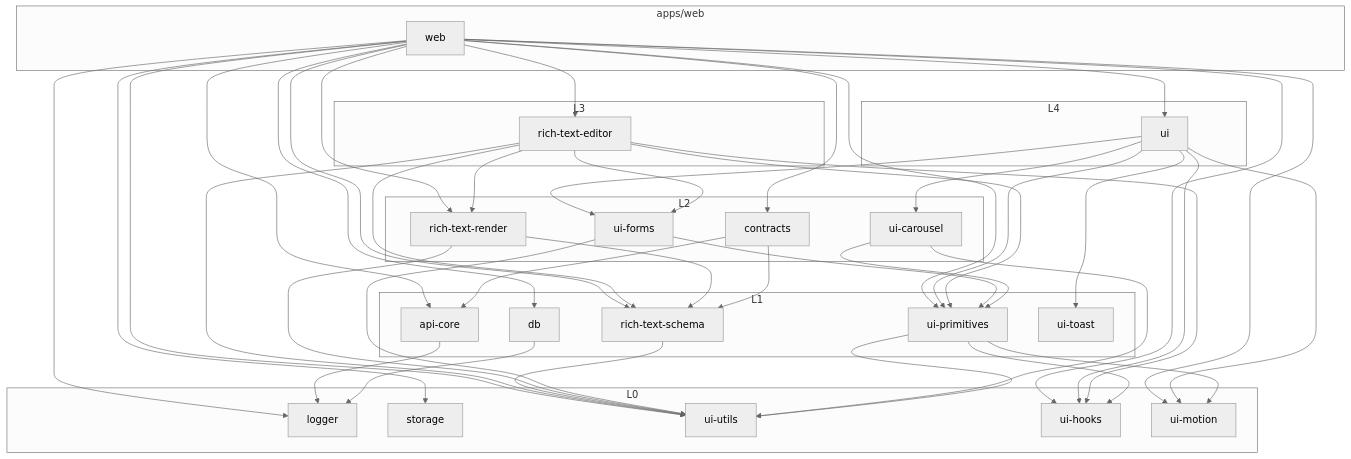
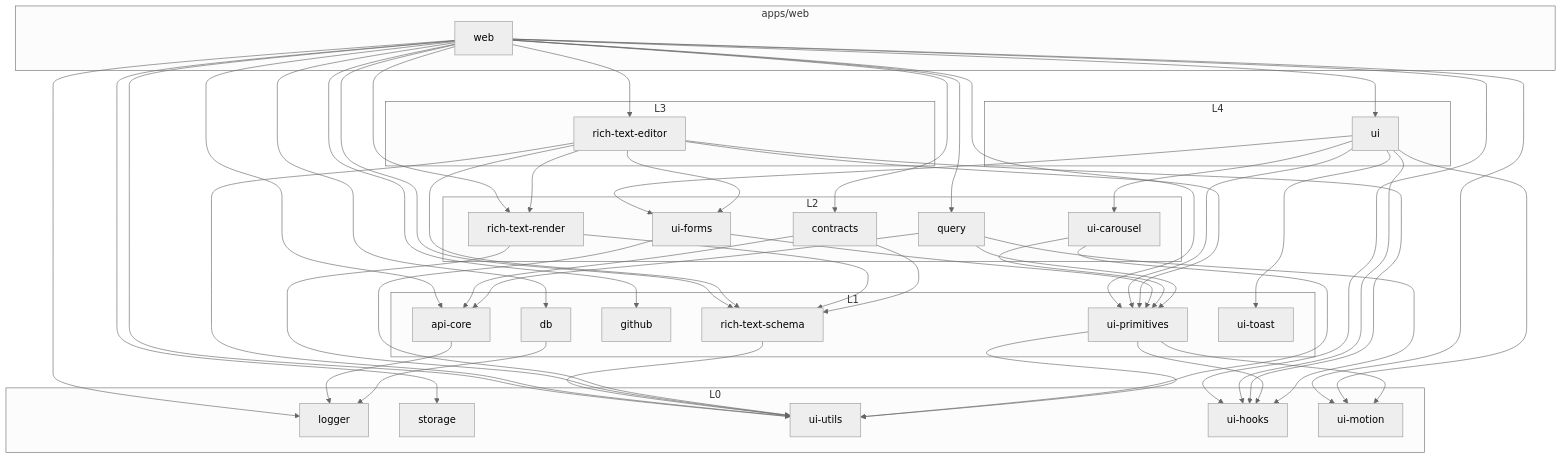
Before and after one commit to lthphuw/byte-of-me: the third of 9 diagrams in docs/architecture.md, drawn with Mermaid (neutral theme). The commit also changed other lines of this file and 169 other files, not shown here.

````diff
--- a/docs/architecture.md
+++ b/docs/architecture.md
@@ -183,72 +190,79 @@
 ```mermaid
 flowchart TB
     subgraph APP["apps/web"]
         WEB["web"]
     end
     subgraph L4["L4"]
         UI["ui"]
     end
     subgraph L3["L3"]
         EDITOR["rich-text-editor"]
     end
     subgraph L2["L2"]
         FORMS["ui-forms"]
         CAROUSEL["ui-carousel"]
         RENDER["rich-text-render"]
         CONTRACTS["contracts"]
+        QUERY["query"]
     end
     subgraph L1["L1"]
         API["api-core"]
         DB["db"]
+        GITHUB["github"]
         SCHEMA["rich-text-schema"]
         PRIMS["ui-primitives"]
         TOAST["ui-toast"]
     end
     subgraph L0["L0"]
         LOG["logger"]
         ST["storage"]
         UTILS["ui-utils"]
         HOOKS["ui-hooks"]
         MOTION["ui-motion"]
     end
 
     WEB --> UI
     WEB --> EDITOR
     WEB --> API
     WEB --> DB
     WEB --> ST
     WEB --> LOG
     WEB --> UTILS
     WEB --> HOOKS
     WEB --> MOTION
     WEB --> PRIMS
     WEB --> SCHEMA
     WEB --> RENDER
     WEB --> CONTRACTS
+    WEB --> QUERY
+    WEB --> GITHUB
     UI --> HOOKS
     UI --> MOTION
     UI --> PRIMS
     UI --> TOAST
     UI --> FORMS
     UI --> CAROUSEL
     EDITOR --> SCHEMA
     EDITOR --> RENDER
     EDITOR --> UTILS
     EDITOR --> HOOKS
     EDITOR --> PRIMS
     EDITOR --> FORMS
     SCHEMA --> UTILS
     RENDER --> SCHEMA
     RENDER --> UTILS
     FORMS --> PRIMS
     FORMS --> UTILS
     CAROUSEL --> PRIMS
     CAROUSEL --> UTILS
     PRIMS --> UTILS
     PRIMS --> HOOKS
     PRIMS --> MOTION
     CONTRACTS --> API
     CONTRACTS --> SCHEMA
+    QUERY --> API
+    QUERY --> HOOKS
+    QUERY --> PRIMS
     API --> LOG
     DB --> LOG
 ```
````
